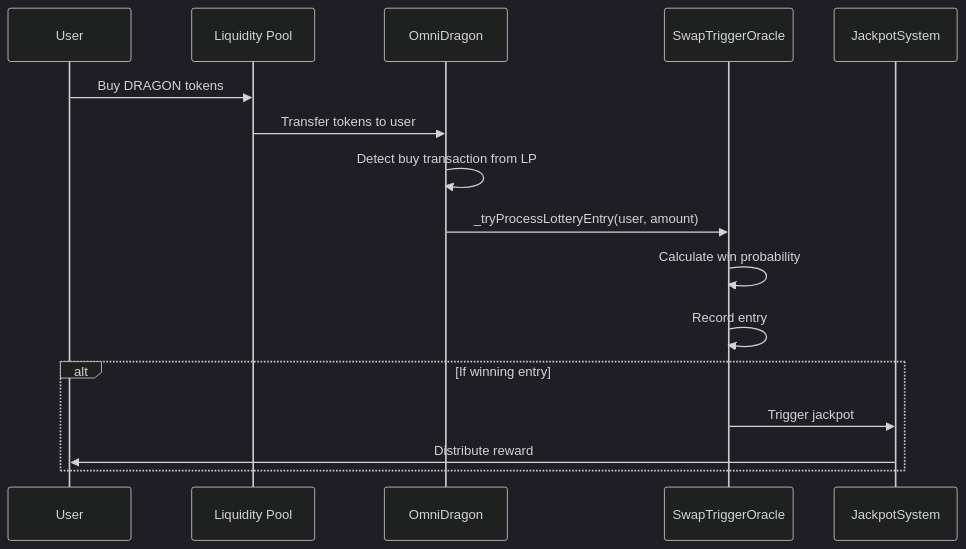
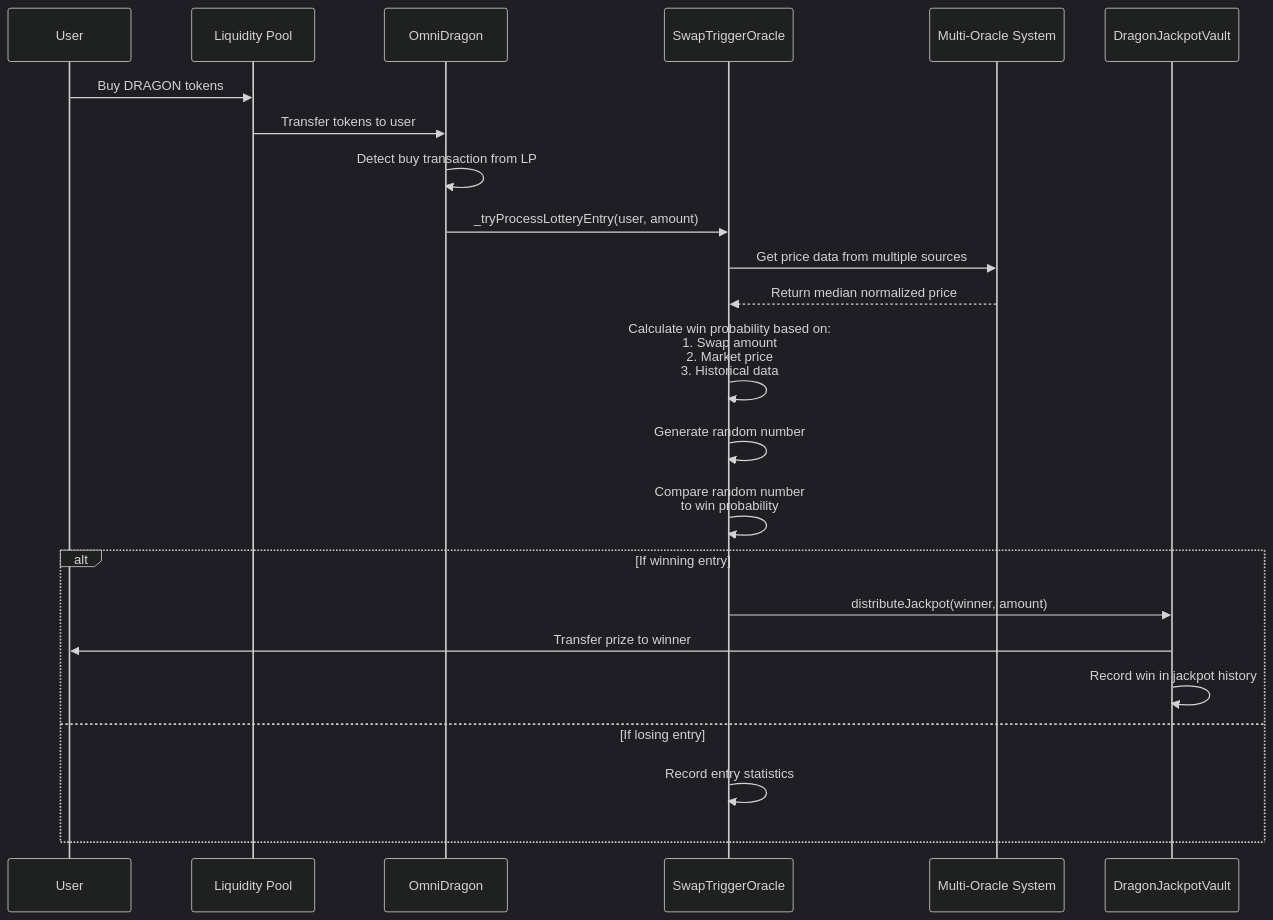
Before and after one commit to wenakita/sonicreddragon-docs: the second of 3 diagrams in docs/contracts/core/token.md, drawn with Mermaid (dark theme). The commit also changed other lines of this file and 1 other file, not shown here.

````diff
--- a/docs/contracts/core/token.md
+++ b/docs/contracts/core/token.md
@@ -55,20 +68,27 @@
 ```mermaid
 sequenceDiagram
     participant User
     participant LP as Liquidity Pool
     participant Token as OmniDragon
     participant Oracle as SwapTriggerOracle
-    participant JackpotSystem
+    participant Oracles as Multi-Oracle System
+    participant Vault as DragonJackpotVault
     
     User->>LP: Buy DRAGON tokens
     LP->>Token: Transfer tokens to user
     Token->>Token: Detect buy transaction from LP
     Token->>Oracle: _tryProcessLotteryEntry(user, amount)
-    Oracle->>Oracle: Calculate win probability
-    Oracle->>Oracle: Record entry
+    Oracle->>Oracles: Get price data from multiple sources
+    Oracles-->>Oracle: Return median normalized price
+    Oracle->>Oracle: Calculate win probability based on:<br/>1. Swap amount<br/>2. Market price<br/>3. Historical data
+    Oracle->>Oracle: Generate random number
+    Oracle->>Oracle: Compare random number<br/>to win probability
     
     alt If winning entry
-        Oracle->>JackpotSystem: Trigger jackpot
-        JackpotSystem->>User: Distribute reward
+        Oracle->>Vault: distributeJackpot(winner, amount)
+        Vault->>User: Transfer prize to winner
+        Vault->>Vault: Record win in jackpot history
+    else If losing entry
+        Oracle->>Oracle: Record entry statistics
     end
 ```
````
